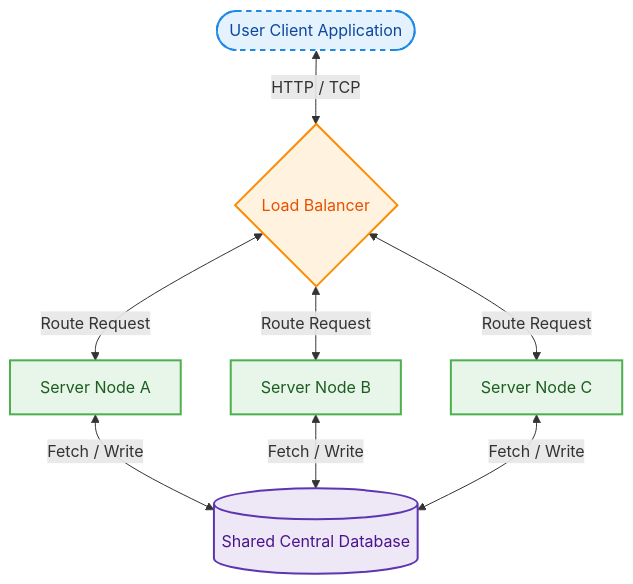
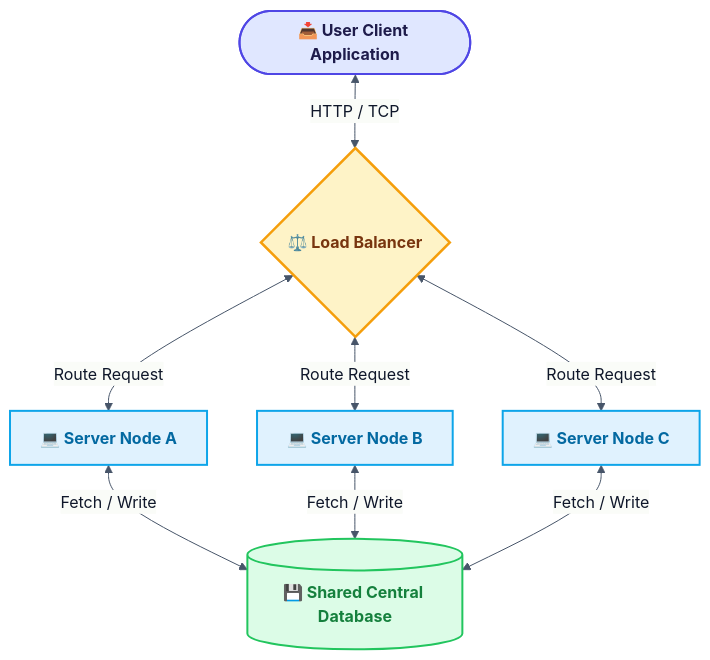
One commit to RameenAnwar/PDC-SP26-SE changed the first of 8 diagrams in SyedMuhammadHuzaifaAshrafi-(23FA-035-SE)/Chapter06/README.md. Above: the diagram before and after it, drawn with Mermaid. The commit also changed other lines of this file and 5 other files, not shown here.

````diff
--- a/SyedMuhammadHuzaifaAshrafi-(23FA-035-SE)/Chapter06/README.md
+++ b/SyedMuhammadHuzaifaAshrafi-(23FA-035-SE)/Chapter06/README.md
@@ -60,22 +60,23 @@
 ```mermaid
-graph TD
-    %% Styling definitions for clear visual contrast
-    classDef clientClass fill:#E3F2FD,stroke:#1E88E5,stroke-width:2px,stroke-dasharray: 5 5,color:#0D47A1;
-    classDef lbClass fill:#FFF3E0,stroke:#FB8C00,stroke-width:2px,color:#E65100;
-    classDef serverClass fill:#E8F5E9,stroke:#4CAF50,stroke-width:2px,color:#1B5E20;
-    classDef dbClass fill:#EDE7F6,stroke:#5E35B1,stroke-width:2px,color:#4A148C;
+%%{init: {'theme': 'base', 'themeVariables': { 'lineColor': '#475569', 'primaryColor': '#f8fafc', 'primaryTextColor': '#0f172a', 'primaryBorderColor': '#cbd5e1' }}}%%
+flowchart TD
+    %% Premium Distributed System/Load Balancing
+    classDef client fill:#e0e7ff,stroke:#4f46e5,stroke-width:2px,color:#1e1b4b,font-weight:bold
+    classDef lb fill:#fef3c7,stroke:#f59e0b,stroke-width:2.5px,color:#78350f,font-weight:bold
+    classDef node fill:#e0f2fe,stroke:#0ea5e9,stroke-width:2px,color:#0369a1,font-weight:bold
+    classDef db fill:#dcfce7,stroke:#22c55e,stroke-width:2px,color:#15803d,font-weight:bold
 
-    User([User Client Application]) <--> |HTTP / TCP| LoadBalancer{Load Balancer}
-    LoadBalancer <--> |Route Request| Server1[Server Node A]
-    LoadBalancer <--> |Route Request| Server2[Server Node B]
-    LoadBalancer <--> |Route Request| Server3[Server Node C]
+    User(["📥 User Client Application"]) <-->|"HTTP / TCP"| LoadBalancer{"⚖️ Load Balancer"}
+    LoadBalancer <-->|"Route Request"| Server1["💻 Server Node A"]
+    LoadBalancer <-->|"Route Request"| Server2["💻 Server Node B"]
+    LoadBalancer <-->|"Route Request"| Server3["💻 Server Node C"]
     
-    Server1 <--> |Fetch / Write| DB[(Shared Central Database)]
-    Server2 <--> |Fetch / Write| DB
-    Server3 <--> |Fetch / Write| DB
+    Server1 <-->|"Fetch / Write"| DB[("💾 Shared Central Database")]
+    Server2 <-->|"Fetch / Write"| DB
+    Server3 <-->|"Fetch / Write"| DB
 
-    class User clientClass;
-    class LoadBalancer lbClass;
-    class Server1,Server2,Server3 serverClass;
-    class DB dbClass;
+    class User client
+    class LoadBalancer lb
+    class Server1,Server2,Server3 node
+    class DB db
 ```
````
